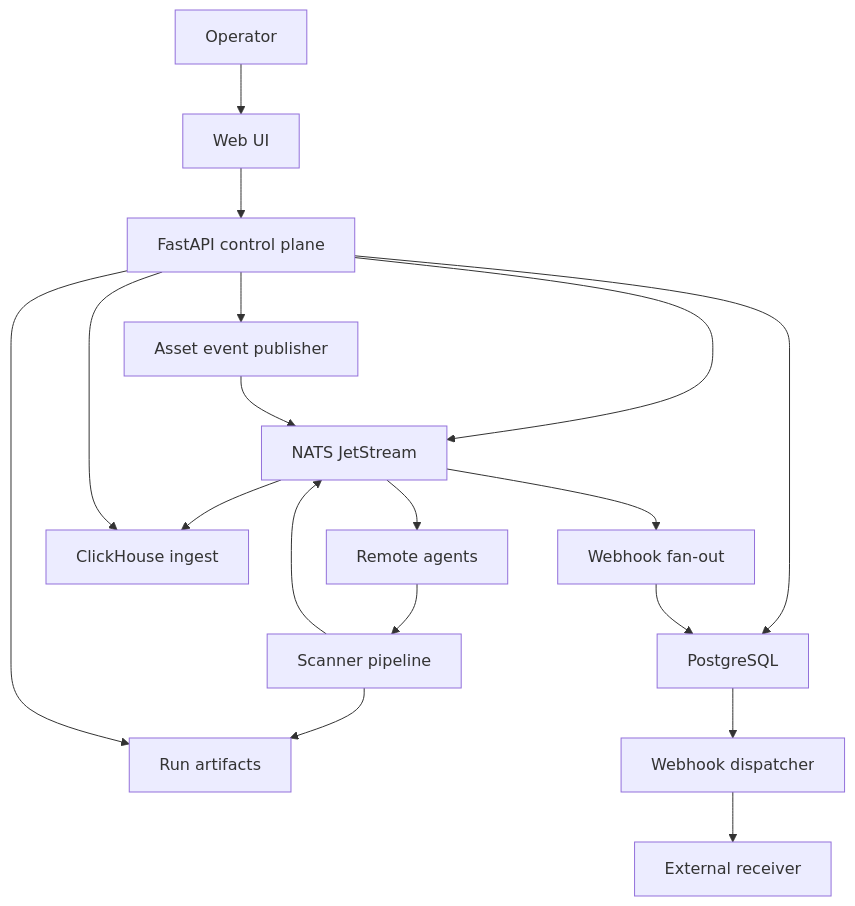
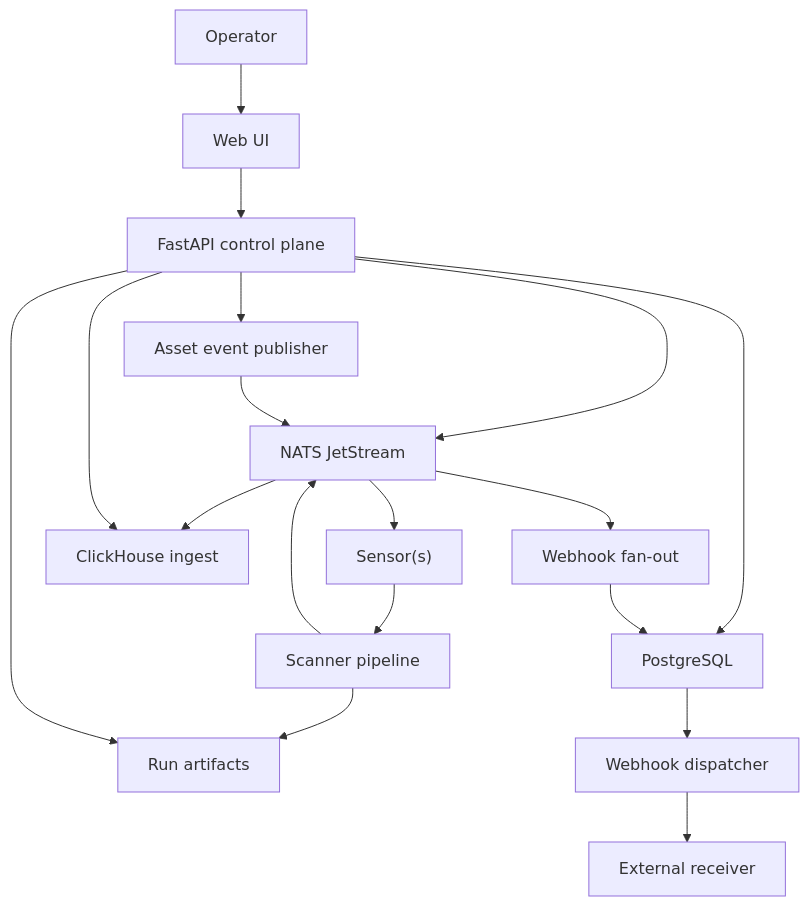
Before and after one commit to onixus/Shapoclyack: the diagram in docs/architecture.md, drawn with Mermaid. The commit also changed other lines of this file and 31 other files, not shown here.

````diff
--- a/docs/architecture.md
+++ b/docs/architecture.md
@@ -19,20 +20,20 @@
 ```mermaid
 flowchart TD
     U["Operator"] --> W["Web UI"]
     W --> A["FastAPI control plane"]
     A --> P["PostgreSQL"]
     A --> N["NATS JetStream"]
-    N --> G["Remote agents"]
+    N --> G["Sensor(s)"]
     G --> S["Scanner pipeline"]
     S --> R["Run artifacts"]
     S --> N
     N --> C["ClickHouse ingest"]
     A --> R
     A --> C
     A --> E["Asset event publisher"]
     E --> N
     N --> F["Webhook fan-out"]
     F --> P
     P --> D["Webhook dispatcher"]
     D --> X["External receiver"]
 ```
````
